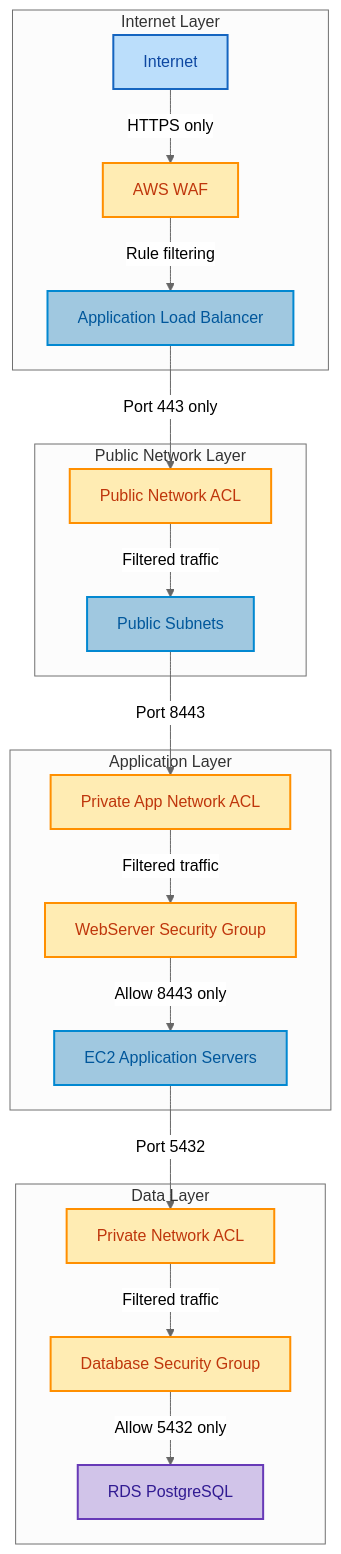
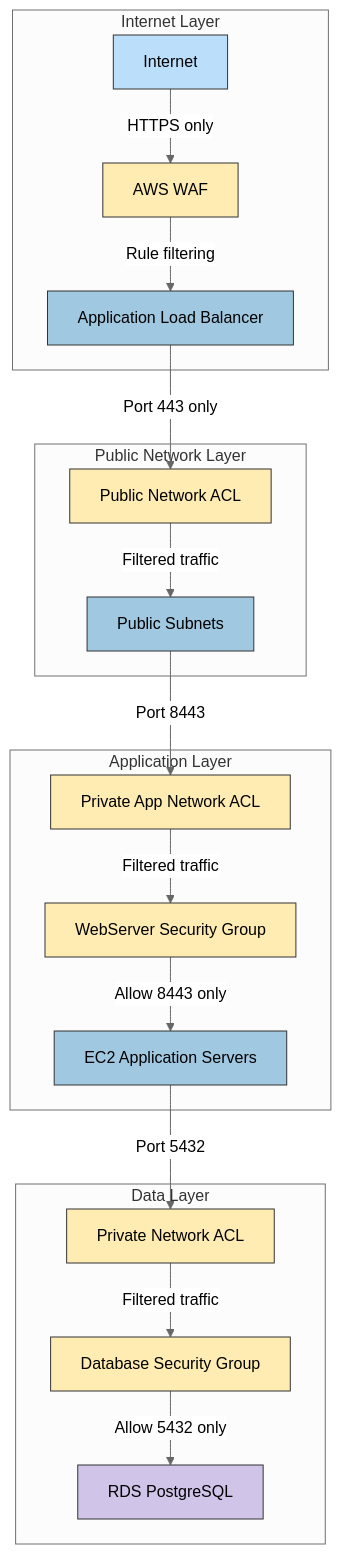
Before and after one commit to Hack23/cia: the third of 9 diagrams in SECURITY_ARCHITECTURE.md, drawn with Mermaid (neutral theme). The commit also changed other lines of this file, not shown here.

````diff
--- a/SECURITY_ARCHITECTURE.md
+++ b/SECURITY_ARCHITECTURE.md
@@ -109,36 +344,36 @@
 ```mermaid
 graph TD
-    %% Node styling classes
-    classDef internetNode fill:#bbdefb,stroke:#1565c0,stroke-width:2px,color:#0d47a1
-    classDef securityNode fill:#ffecb3,stroke:#ff8f00,stroke-width:2px,color:#bf360c
-    classDef networkNode fill:#a0c8e0,stroke:#0288d1,stroke-width:2px,color:#01579b
-    classDef databaseNode fill:#d1c4e9,stroke:#673ab7,stroke-width:2px,color:#311b92
-    
     subgraph "Internet Layer"
         A[Internet] -->|HTTPS only| B[AWS WAF]
         B -->|Rule filtering| C[Application Load Balancer]
     end
     
     subgraph "Public Network Layer"
         C -->|Port 443 only| D[Public Network ACL]
         D -->|Filtered traffic| E[Public Subnets]
     end
     
     subgraph "Application Layer"
         E -->|Port 8443| F[Private App Network ACL]
         F -->|Filtered traffic| G[WebServer Security Group]
         G -->|Allow 8443 only| H[EC2 Application Servers]
     end
     
     subgraph "Data Layer"
         H -->|Port 5432| I[Private Network ACL]
         I -->|Filtered traffic| J[Database Security Group]
         J -->|Allow 5432 only| K[RDS PostgreSQL]
     end
     
-    %% Apply styling classes
-    class A internetNode
-    class B,D,F,G,I,J securityNode
-    class C,E,H networkNode
-    class K databaseNode
+    style A fill:#bbdefb,stroke:#333,stroke-width:1px
+    style B fill:#ffecb3,stroke:#333,stroke-width:1px,color:black
+    style C fill:#a0c8e0,stroke:#333,stroke-width:1px
+    style D fill:#ffecb3,stroke:#333,stroke-width:1px,color:black
+    style E fill:#a0c8e0,stroke:#333,stroke-width:1px
+    style F fill:#ffecb3,stroke:#333,stroke-width:1px,color:black
+    style G fill:#ffecb3,stroke:#333,stroke-width:1px,color:black
+    style H fill:#a0c8e0,stroke:#333,stroke-width:1px
+    style I fill:#ffecb3,stroke:#333,stroke-width:1px,color:black
+    style J fill:#ffecb3,stroke:#333,stroke-width:1px,color:black
+    style K fill:#d1c4e9,stroke:#333,stroke-width:1px
 ```
````
